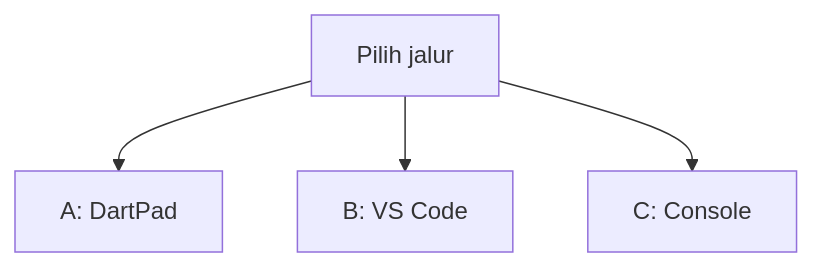
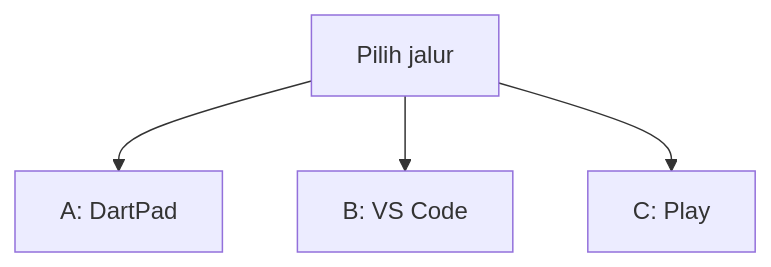
The first of 3 diagrams in modul-10-rilis/README.md (antonprafanto/mobile2026), drawn with Mermaid before and after one commit. The commit also changed other lines of this file, not shown here.

````diff
--- a/modul-10-rilis/README.md
+++ b/modul-10-rilis/README.md
@@ -21,7 +21,7 @@
 ```mermaid
 flowchart TB
   Pilih["Pilih jalur"]
   Pilih --> A["A: DartPad"]
   Pilih --> B["B: VS Code"]
-  Pilih --> C["C: Console"]
+  Pilih --> C["C: Play"]
 ```
````
